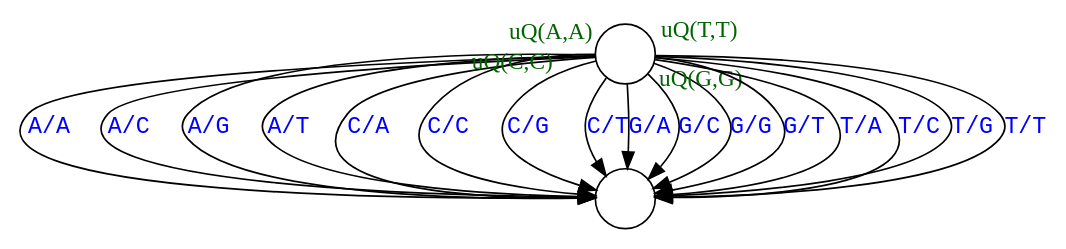
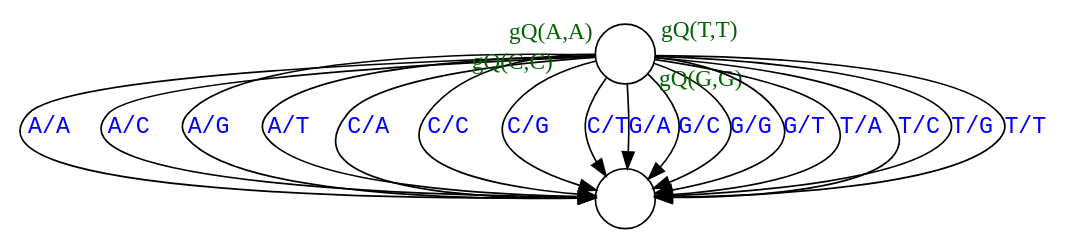
One commit to ihh/transducer-tutorial changed the diagram in fanned-match.dot. Above: the diagram before and after it, drawn with Graphviz. The commit also changed 3 other files, not shown here.

Commit message:
Slightly changed notation in Moore explanation diagrams

```diff
--- a/fanned-match.dot
+++ b/fanned-match.dot
@@ -1,28 +1,28 @@
 digraph G {
 
     W [label="", shape=circle, ordering="out"];
 
     M [label="", shape=circle];
 
-W->M [label="A/A" taillabel="uQ(A,A)" labelangle=330 labeldistance=3 fontcolor="blue" labelfontcolor="black" fontname="Courier" labelfontname="Times" labelfontcolor="darkgreen"];
+W->M [label="A/A" taillabel="gQ(A,A)" labelangle=330 labeldistance=3 fontcolor="blue" labelfontcolor="black" fontname="Courier" labelfontname="Times" labelfontcolor="darkgreen"];
 W->M [label="A/C" fontcolor="blue" fontname="Courier"];
 W->M [label="A/G" fontcolor="blue" fontname="Courier"];
 W->M [label="A/T" fontcolor="blue" fontname="Courier"];
 
 W->M [label="C/A" fontcolor="blue" fontname="Courier"];
-W->M [label="C/C" taillabel="uQ(C,C)" labelangle=5 labeldistance=5 fontcolor="blue" labelfontcolor="black" fontname="Courier" labelfontname="Times" labelfontcolor="darkgreen"];
+W->M [label="C/C" taillabel="gQ(C,C)" labelangle=5 labeldistance=5 fontcolor="blue" labelfontcolor="black" fontname="Courier" labelfontname="Times" labelfontcolor="darkgreen"];
 W->M [label="C/G" fontcolor="blue" fontname="Courier"];
 W->M [label="C/T" fontcolor="blue" fontname="Courier"];
 
 W->M [label="G/A" fontcolor="blue" fontname="Courier"];
 W->M [label="G/C" fontcolor="blue" fontname="Courier"];
-W->M [label="G/G" taillabel="uQ(G,G)" labelangle=0 labeldistance=3 fontcolor="blue" labelfontcolor="black" fontname="Courier" labelfontname="Times" labelfontcolor="darkgreen"];
+W->M [label="G/G" taillabel="gQ(G,G)" labelangle=0 labeldistance=3 fontcolor="blue" labelfontcolor="black" fontname="Courier" labelfontname="Times" labelfontcolor="darkgreen"];
 W->M [label="G/T" fontcolor="blue" fontname="Courier"];
 
 W->M [label="T/A" fontcolor="blue" fontname="Courier"];
 W->M [label="T/C" fontcolor="blue" fontname="Courier"];
 W->M [label="T/G" fontcolor="blue" fontname="Courier"];
-W->M [label="T/T" taillabel="uQ(T,T)" labelangle=30 labeldistance=3 fontcolor="blue" labelfontcolor="black" fontname="Courier" labelfontname="Times" labelfontcolor="darkgreen"];
+W->M [label="T/T" taillabel="gQ(T,T)" labelangle=30 labeldistance=3 fontcolor="blue" labelfontcolor="black" fontname="Courier" labelfontname="Times" labelfontcolor="darkgreen"];
 
 
 }
```
